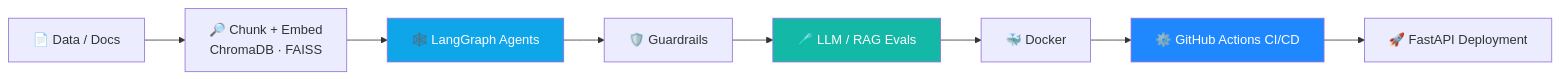
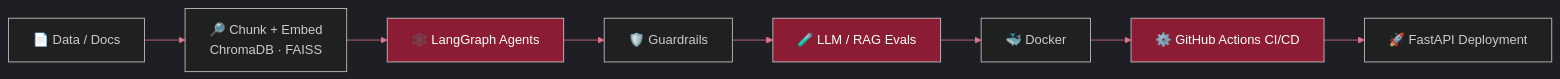
Before and after one commit to saifullah857/saifullah857: the diagram in README.md, drawn with Mermaid. The commit also changed other lines of this file, not shown here.

````diff
--- a/README.md
+++ b/README.md
@@ -239,13 +227,14 @@
 ```mermaid
+%%{init: {'theme':'dark','themeVariables':{'primaryColor':'#3a1620','primaryBorderColor':'#8c1c33','primaryTextColor':'#f5e9eb','lineColor':'#e0728a','fontFamily':'sans-serif'}}}%%
 flowchart LR
     A[📄 Data / Docs] --> B[🔎 Chunk + Embed<br/>ChromaDB · FAISS]
     B --> C[🕸️ LangGraph Agents]
     C --> D[🛡️ Guardrails]
     D --> E[🧪 LLM / RAG Evals]
     E --> F[🐳 Docker]
     F --> G[⚙️ GitHub Actions CI/CD]
     G --> H[🚀 FastAPI Deployment]
-    style C fill:#0ea5e9,color:#fff
-    style E fill:#14b8a6,color:#fff
-    style G fill:#2088ff,color:#fff
+    style C fill:#8c1c33,color:#fff
+    style E fill:#8c1c33,color:#fff
+    style G fill:#8c1c33,color:#fff
 ```
````
